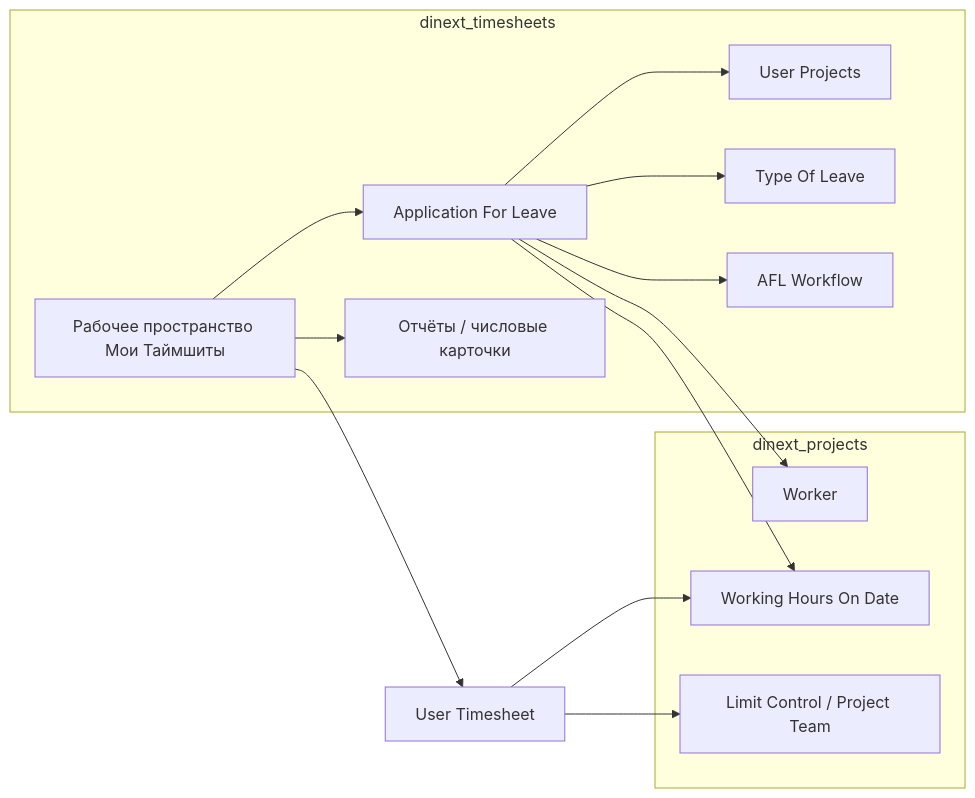
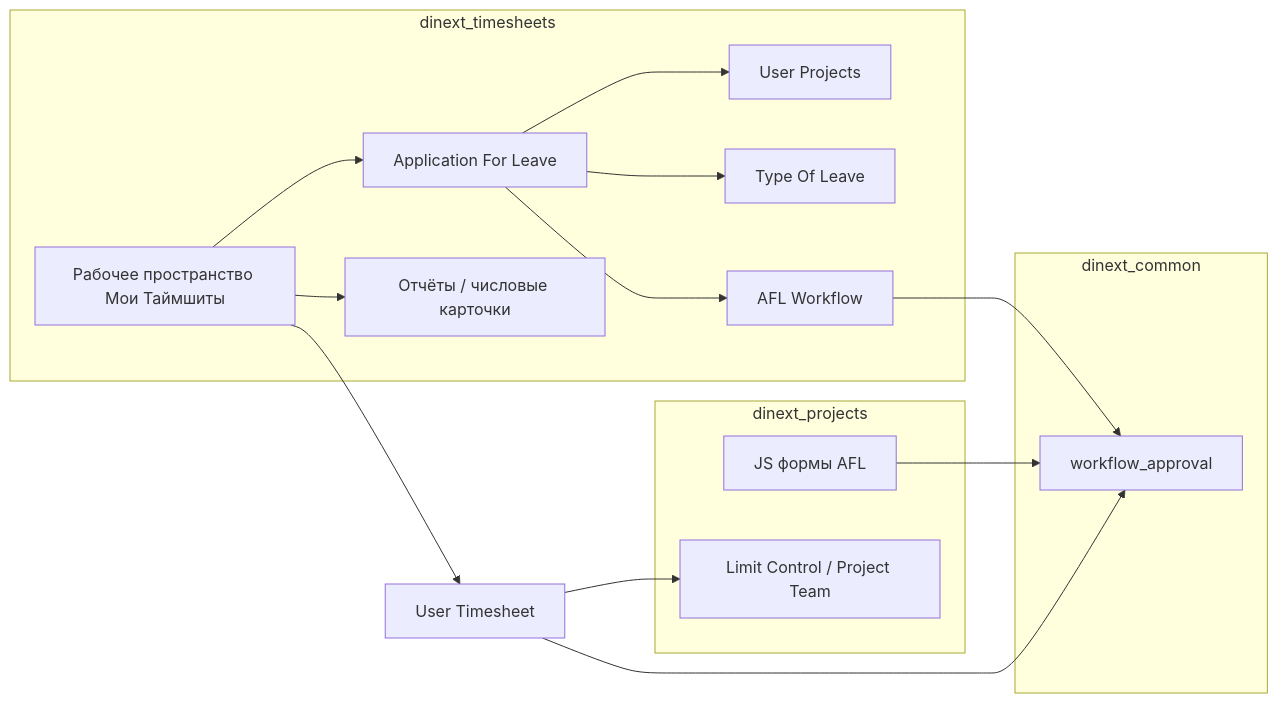
The second of 2 diagrams in README.ru.md (Dinext-pro/dinext-timesheets), drawn with Mermaid before and after one commit. The commit also changed other lines of this file and 249 other files, not shown here.

````diff
--- a/README.ru.md
+++ b/README.ru.md
@@ -259,26 +299,28 @@
 ```mermaid
 flowchart LR
     subgraph timesheets [dinext_timesheets]
       AFL[Application For Leave]
       UP[User Projects]
       TOL[Type Of Leave]
       WF[AFL Workflow]
       WS[Рабочее пространство Мои Таймшиты]
       REP[Отчёты / числовые карточки]
     end
     subgraph projects [dinext_projects]
-      W[Worker]
-      WHO[Working Hours On Date]
+      AFLJs[JS формы AFL]
       LC[Limit Control / Project Team]
+    end
+    subgraph common [dinext_common]
+      Engine[workflow_approval]
     end
     AFL --> UP
     AFL --> TOL
     AFL --> WF
-    AFL --> W
-    AFL --> WHO
-    UT[User Timesheet] --> WHO
+    WF --> Engine
+    AFLJs --> Engine
+    UT[User Timesheet] --> Engine
     UT --> LC
     WS --> REP
     WS --> AFL
     WS --> UT
 ```
````
